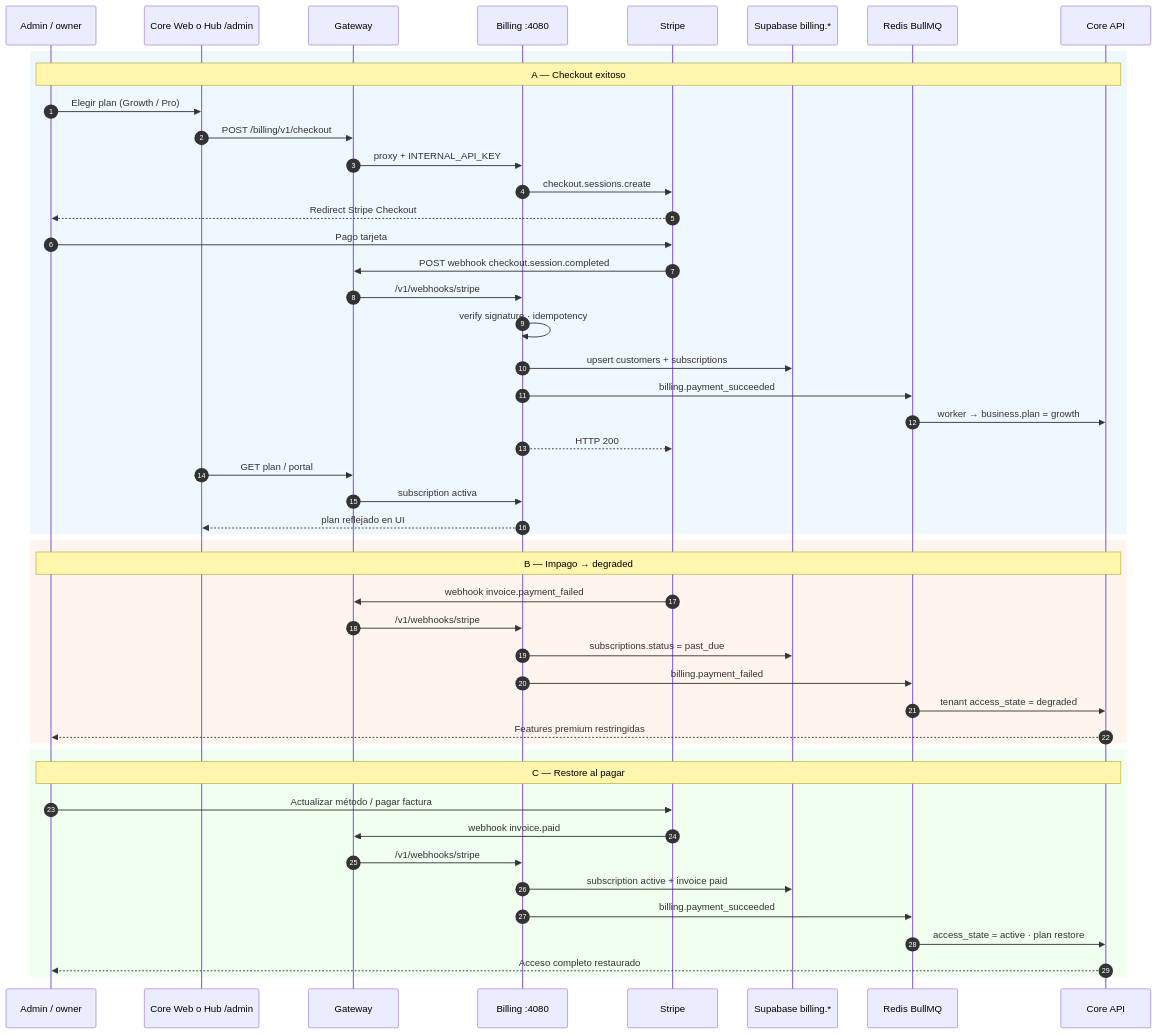
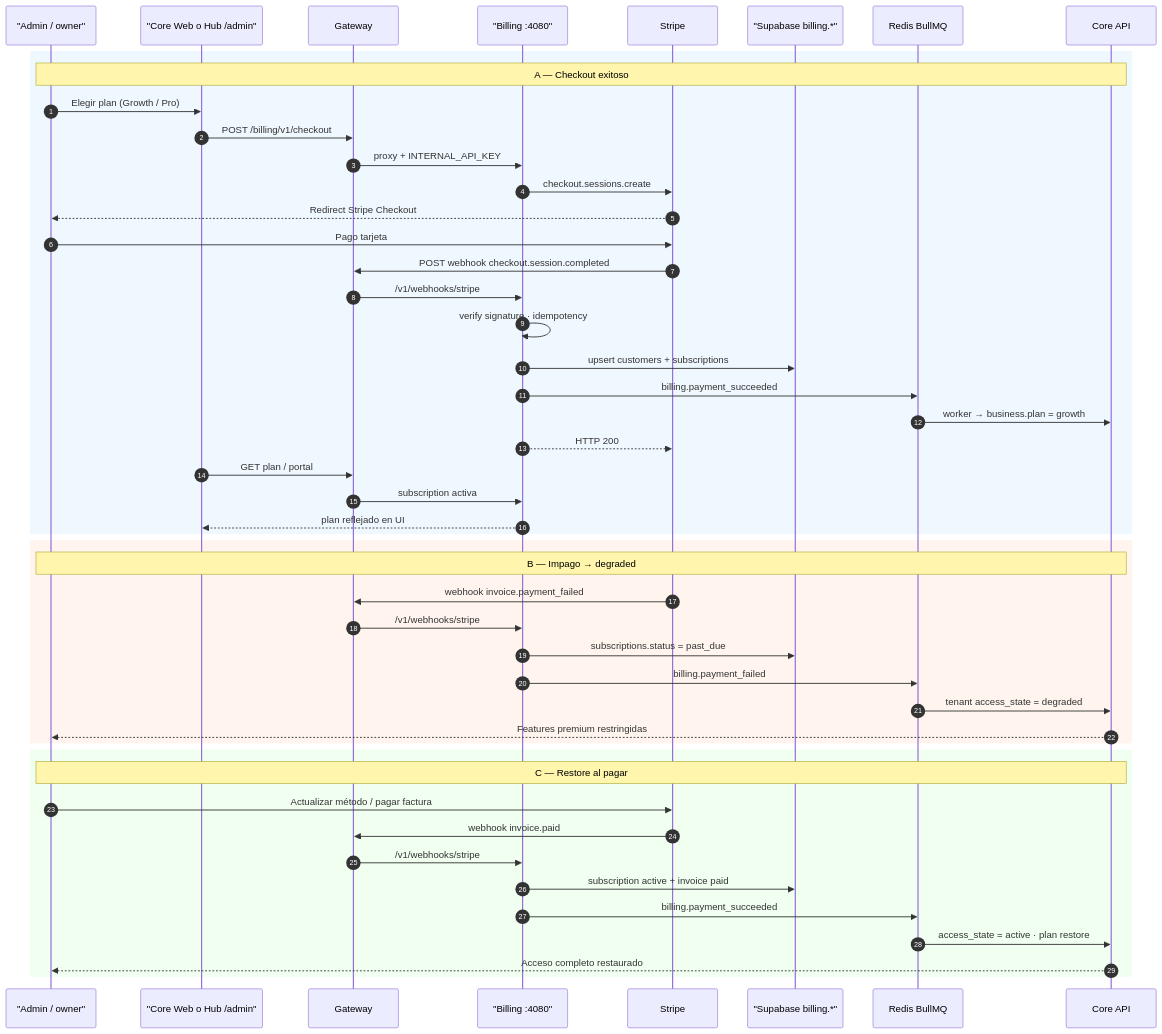
Before and after one commit to dakinissystems/dakinis-systems: diagram 13 of 16 in docs/ARCHITECTURE.md, drawn with Mermaid. The commit also changed other lines of this file and 2 other files, not shown here.

Commit message:
docs: make architecture diagrams and doc links render on GitHub.

````diff
--- a/docs/ARCHITECTURE.md
+++ b/docs/ARCHITECTURE.md
@@ -422,53 +422,53 @@
 ```mermaid
 sequenceDiagram
   autonumber
-  participant U as Admin / owner
-  participant WEB as Core Web o Hub /admin
+  participant U as "Admin / owner"
+  participant WEB as "Core Web o Hub /admin"
   participant GW as Gateway
-  participant B as Billing :4080
+  participant B as "Billing :4080"
   participant S as Stripe
-  participant DB as Supabase billing.*
+  participant DB as "Supabase billing.*"
   participant R as Redis BullMQ
   participant C as Core API
 
   rect rgb(240, 248, 255)
     Note over U,C: A — Checkout exitoso
     U->>WEB: Elegir plan (Growth / Pro)
     WEB->>GW: POST /billing/v1/checkout
     GW->>B: proxy + INTERNAL_API_KEY
     B->>S: checkout.sessions.create
     S-->>U: Redirect Stripe Checkout
     U->>S: Pago tarjeta
     S->>GW: POST webhook checkout.session.completed
     GW->>B: /v1/webhooks/stripe
     B->>B: verify signature · idempotency
     B->>DB: upsert customers + subscriptions
     B->>R: billing.payment_succeeded
     R->>C: worker → business.plan = growth
     B-->>S: HTTP 200
     WEB->>GW: GET plan / portal
     GW->>B: subscription activa
     B-->>WEB: plan reflejado en UI
   end
 
   rect rgb(255, 245, 238)
     Note over U,C: B — Impago → degraded
     S->>GW: webhook invoice.payment_failed
     GW->>B: /v1/webhooks/stripe
     B->>DB: subscriptions.status = past_due
     B->>R: billing.payment_failed
     R->>C: tenant access_state = degraded
     C-->>U: Features premium restringidas
   end
 
   rect rgb(240, 255, 240)
     Note over U,C: C — Restore al pagar
     U->>S: Actualizar método / pagar factura
     S->>GW: webhook invoice.paid
     GW->>B: /v1/webhooks/stripe
     B->>DB: subscription active + invoice paid
     B->>R: billing.payment_succeeded
     R->>C: access_state = active · plan restore
     C-->>U: Acceso completo restaurado
   end
 ```
````
